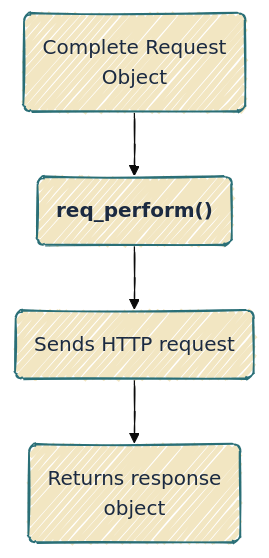
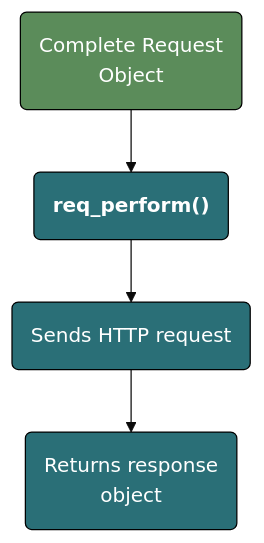
Before and after one commit to mjfrigaard/do4ds-labs: the fourth of 6 diagrams in r-app-api.qmd, drawn with Mermaid. The commit also changed other lines of this file and 48 other files, not shown here.

````diff
--- a/r-app-api.qmd
+++ b/r-app-api.qmd
@@ -362,13 +370,16 @@
 ```{mermaid}
 %%| fig-width: 6.5
-%%| fig-align: center
-%%{init: {'theme': 'base', 'look': 'handDrawn', 'themeVariables': {'fontFamily': 'monospace'}}}%%
+%%| fig-align: 'center'
+%%{init: {'theme': 'base', 'themeVariables': {'fontFamily': 'monospace'}}}%%
 
 graph TD
 	A("Complete Request<br>Object") --> B("<strong>req_perform()</strong>")
 	B --> C("Sends HTTP request")
 	C --> D("Returns response<br>object")
-    classDef default fill:#F2E6C2,stroke:#2A6F77,color:#1B2A41
+    style A fill:#5B8C5A,stroke:#000000,stroke-width:1px,color:#ffffff
+    style B fill:#2A6F77,stroke:#000000,stroke-width:1px,color:#ffffff
+    style C fill:#2A6F77,stroke:#000000,stroke-width:1px,color:#ffffff
+    style D fill:#2A6F77,stroke:#000000,stroke-width:1px,color:#ffffff
 
 
 ```
````
